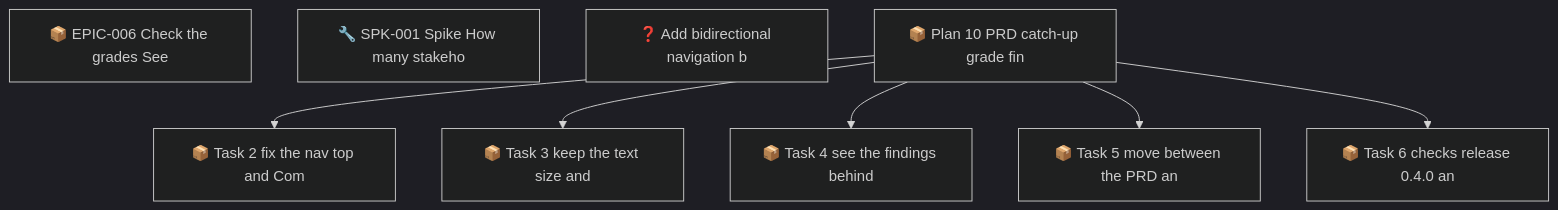
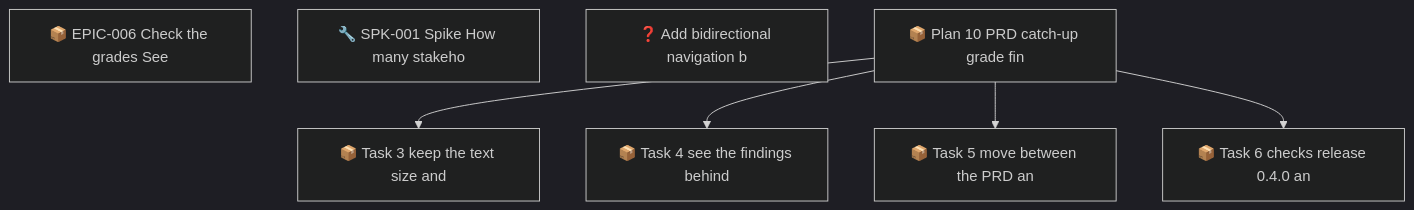
Before and after one commit to SpillwaveSolutions/prd-forge-viewer: the second of 2 diagrams in docs/roadmap.md, drawn with Mermaid (dark theme). The commit also changed other lines of this file and 11 other files, not shown here.

````diff
--- a/docs/roadmap.md
+++ b/docs/roadmap.md
@@ -91,17 +85,15 @@
 ```mermaid
 graph TD
     01M61XNM7GHPSJ1B96BCHA59ZE["📦 EPIC-006 Check the grades See"]
     01M61XNM9NY7F4D4V7400J56X9["🔧 SPK-001 Spike How many stakeho"]
     01M67NFZH5C1HWH4SBC22ZVXMS["❓ Add bidirectional navigation b"]
     01M67NH4X4JGDJB233B670SJFF["📦 Plan 10 PRD catch-up grade fin"]
-    01M67NH4XPWE52APES54MYFEV4["📦 Task 2 fix the nav top and Com"]
     01M67NH4XPWE52APES54MYFEV6["📦 Task 3 keep the text size and"]
     01M67NH4XPWE52APES54MYFEV8["📦 Task 4 see the findings behind"]
     01M67NH4XPWE52APES54MYFEVA["📦 Task 5 move between the PRD an"]
     01M67NH4XPWE52APES54MYFEVC["📦 Task 6 checks release 0.4.0 an"]
-    01M67NH4X4JGDJB233B670SJFF --> 01M67NH4XPWE52APES54MYFEV4
     01M67NH4X4JGDJB233B670SJFF --> 01M67NH4XPWE52APES54MYFEV6
     01M67NH4X4JGDJB233B670SJFF --> 01M67NH4XPWE52APES54MYFEV8
     01M67NH4X4JGDJB233B670SJFF --> 01M67NH4XPWE52APES54MYFEVA
     01M67NH4X4JGDJB233B670SJFF --> 01M67NH4XPWE52APES54MYFEVC
 ```
````
